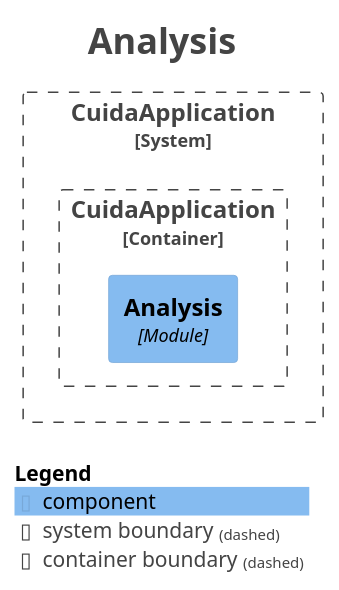
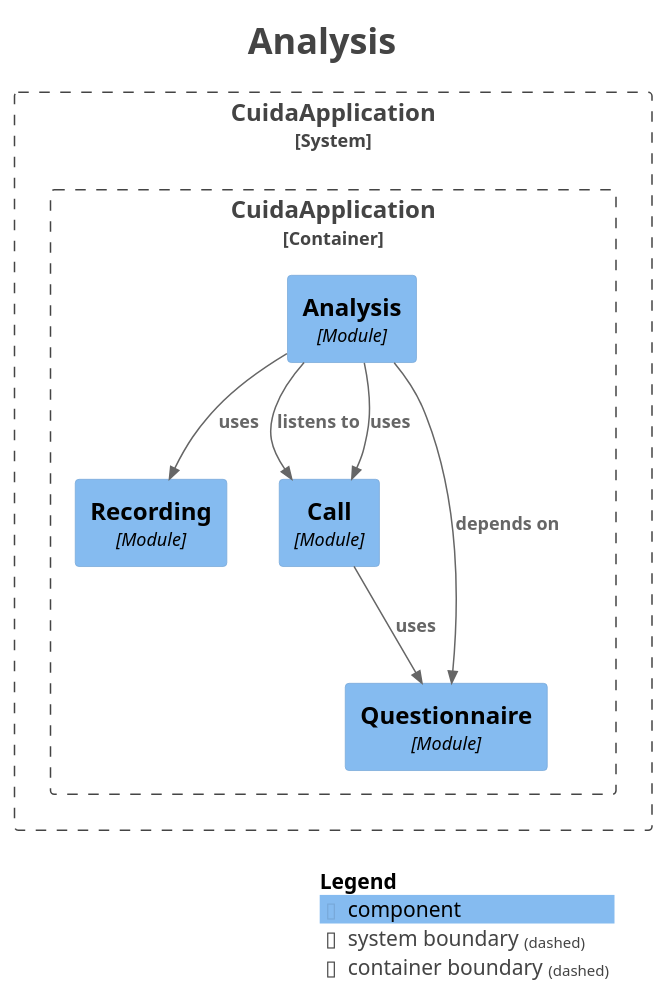
The diagram in docs/modules/module-analysis.puml (Rodrimir/alo_diario), drawn with PlantUML before and after one commit. The commit also changed 53 other files, not shown here.

```diff
--- a/docs/modules/module-analysis.puml
+++ b/docs/modules/module-analysis.puml
@@ -1,27 +1,36 @@
 @startuml
 title <size:24>Analysis</size>
 
 set separator none
 top to bottom direction
 
 <style>
   root {
     BackgroundColor: #ffffff
     FontColor: #444444
   }
 </style>
 
 !include <C4/C4>
 !include <C4/C4_Context>
 !include <C4/C4_Component>
 
 System_Boundary("CuidaApplication_boundary", "CuidaApplication", $tags="") {
   Container_Boundary("CuidaApplication.CuidaApplication_boundary", "CuidaApplication", $tags="") {
+    Component(CuidaApplication.CuidaApplication.Recording, "Recording", $techn="Module", $descr="", $tags="", $link="")
+    Component(CuidaApplication.CuidaApplication.Call, "Call", $techn="Module", $descr="", $tags="", $link="")
     Component(CuidaApplication.CuidaApplication.Analysis, "Analysis", $techn="Module", $descr="", $tags="", $link="")
+    Component(CuidaApplication.CuidaApplication.Questionnaire, "Questionnaire", $techn="Module", $descr="", $tags="", $link="")
   }
 
 }
 
+Rel(CuidaApplication.CuidaApplication.Analysis, CuidaApplication.CuidaApplication.Call, "listens to", $techn="", $tags="", $link="")
+Rel(CuidaApplication.CuidaApplication.Analysis, CuidaApplication.CuidaApplication.Call, "uses", $techn="", $tags="", $link="")
+Rel(CuidaApplication.CuidaApplication.Analysis, CuidaApplication.CuidaApplication.Questionnaire, "depends on", $techn="", $tags="", $link="")
+Rel(CuidaApplication.CuidaApplication.Analysis, CuidaApplication.CuidaApplication.Recording, "uses", $techn="", $tags="", $link="")
+Rel(CuidaApplication.CuidaApplication.Call, CuidaApplication.CuidaApplication.Questionnaire, "uses", $techn="", $tags="", $link="")
+
 SHOW_LEGEND(true)
 hide stereotypes
 @enduml
```
